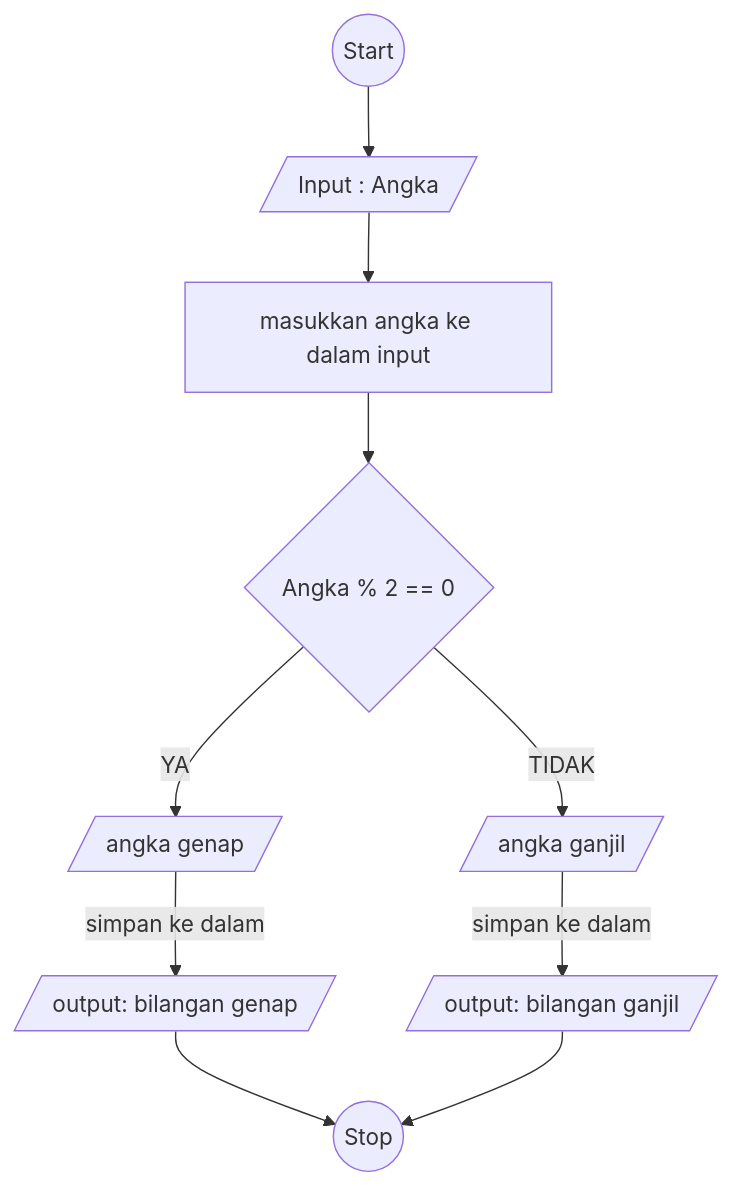
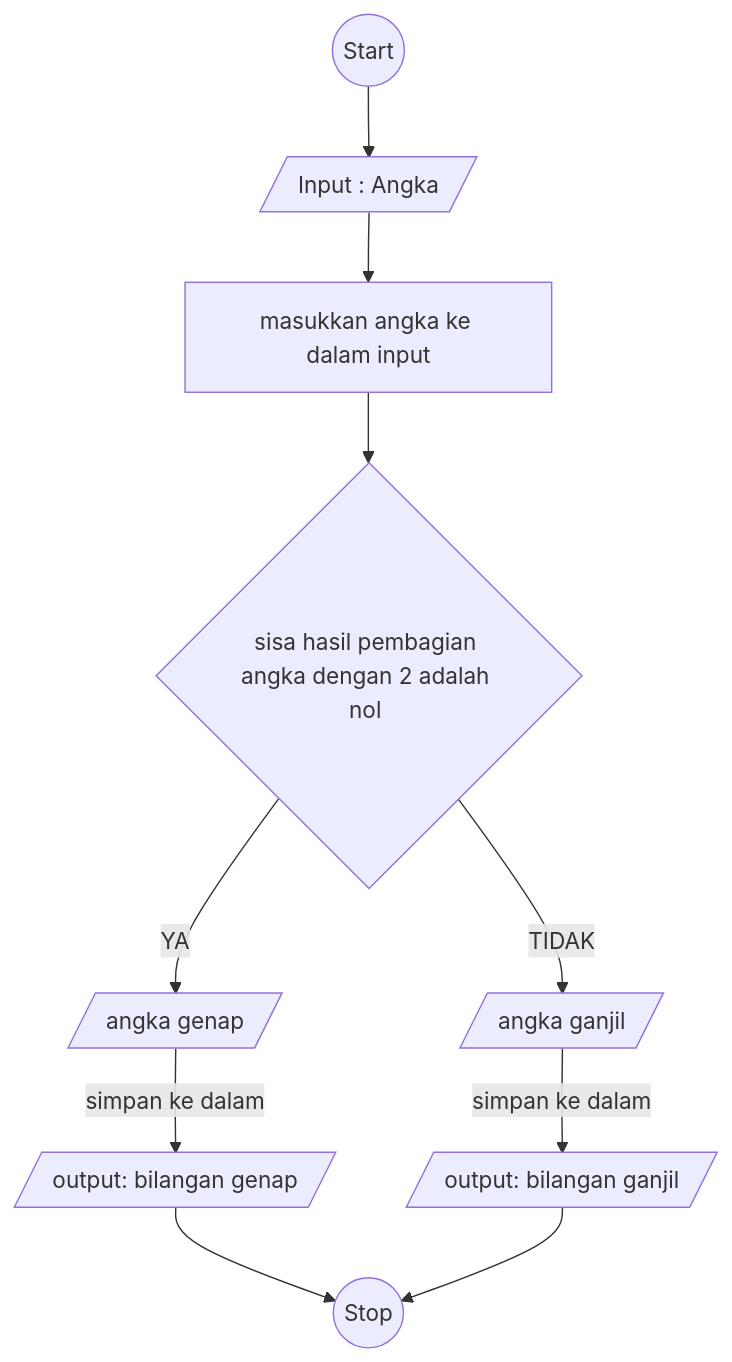
One commit to makarim22/koda-b6-algoritma changed the diagram in flowchart-ganjil-genap.md. Above: the diagram before and after it, drawn with Mermaid. The commit also changed other lines of this file, not shown here.

````diff
--- a/flowchart-ganjil-genap.md
+++ b/flowchart-ganjil-genap.md
@@ -4,27 +4,27 @@
 ```mermaid
 flowchart TD
     A@{ shape: circle, label: "Start" } -->C
 
     C@{ shape: lean-r, label: "Input : Angka" } --> Z
 
     Z@{ shape: rect, label: "masukkan angka ke dalam input" } -->E
 
-    E@{ shape: diamond, label: "Angka % 2 == 0" } 
+    E@{ shape: diamond, label: "sisa hasil pembagian angka dengan 2 adalah nol " } 
 
     E -- YA --> G
 
     E -- TIDAK --> F
 
     G@{ shape: lean-r, label: "angka genap" } -->|simpan ke dalam| H
 
     F@{ shape: lean-r, label: "angka ganjil" } -->|simpan ke dalam| I
 
     H@{ shape: lean-r, label: "output: bilangan genap"} --> B
 
     I@{ shape: lean-r, label: "output: bilangan ganjil"} --> B
 
 
 
     B@{ shape: circle, label: "Stop" }
 
 ```
````
